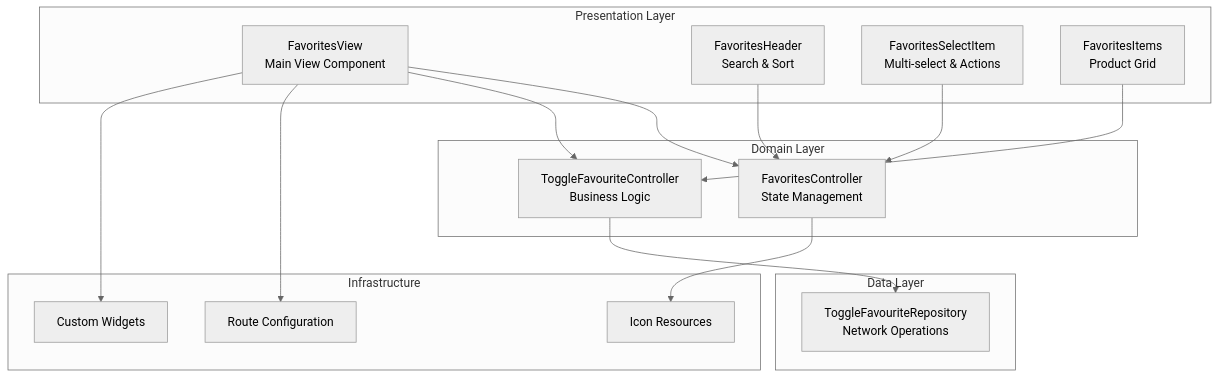
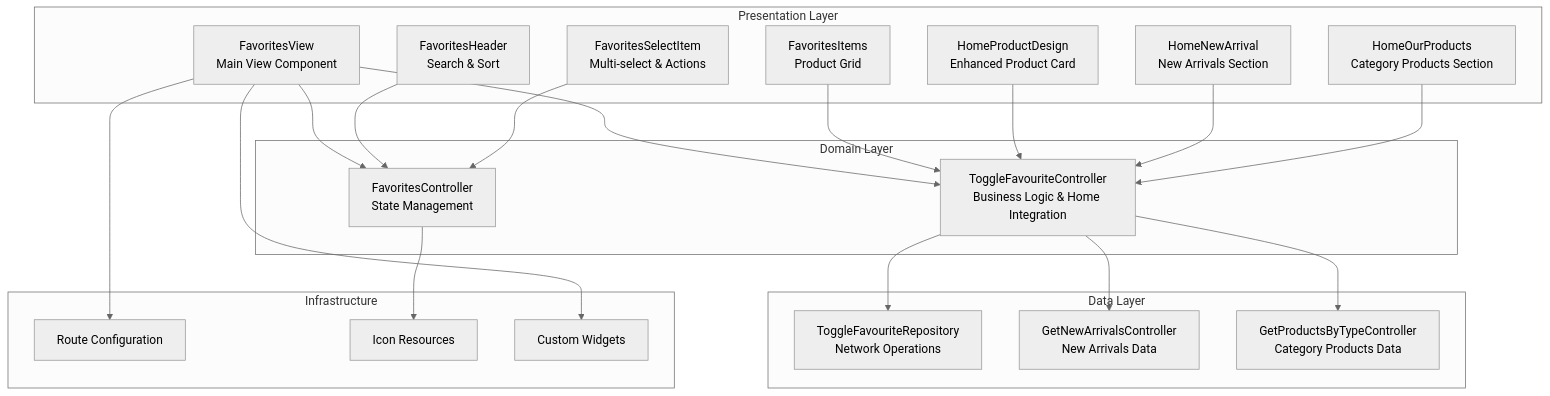
The second of 10 diagrams in .qoder/repowiki/en/content/Core Features/Favorites Module.md (Ariful3111/FurniGo), drawn with Mermaid (neutral theme) before and after one commit. The commit also changed other lines of this file and 13 other files, not shown here.

````diff
--- a/.qoder/repowiki/en/content/Core Features/Favorites Module.md
+++ b/.qoder/repowiki/en/content/Core Features/Favorites Module.md
@@ -119,30 +155,40 @@
 ```mermaid
 graph TB
 subgraph "Presentation Layer"
 FV["FavoritesView<br/>Main View Component"]
 FH["FavoritesHeader<br/>Search & Sort"]
 FS["FavoritesSelectItem<br/>Multi-select & Actions"]
 FI["FavoritesItems<br/>Product Grid"]
+HPD["HomeProductDesign<br/>Enhanced Product Card"]
+HNA["HomeNewArrival<br/>New Arrivals Section"]
+HOP["HomeOurProducts<br/>Category Products Section"]
 end
 subgraph "Domain Layer"
 FC["FavoritesController<br/>State Management"]
-TFC["ToggleFavouriteController<br/>Business Logic"]
+TFC["ToggleFavouriteController<br/>Business Logic & Home Integration"]
 end
 subgraph "Data Layer"
 TFR["ToggleFavouriteRepository<br/>Network Operations"]
+GNAC["GetNewArrivalsController<br/>New Arrivals Data"]
+GPB["GetProductsByTypeController<br/>Category Products Data"]
 end
 subgraph "Infrastructure"
 RT["Route Configuration"]
 IP["Icon Resources"]
 CB["Custom Widgets"]
 end
 FV --> FC
 FV --> TFC
 FH --> FC
 FS --> FC
 FI --> TFC
+HPD --> TFC
+HNA --> TFC
+HOP --> TFC
 TFC --> TFR
 FC --> IP
 FV --> RT
 FV --> CB
+TFC --> GNAC
+TFC --> GPB
 ```
````
